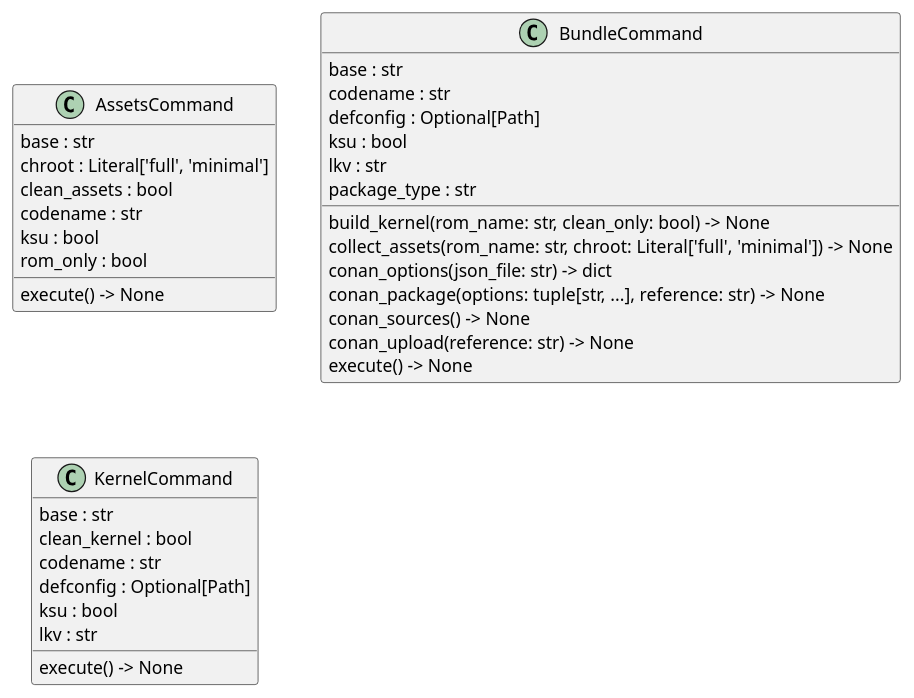
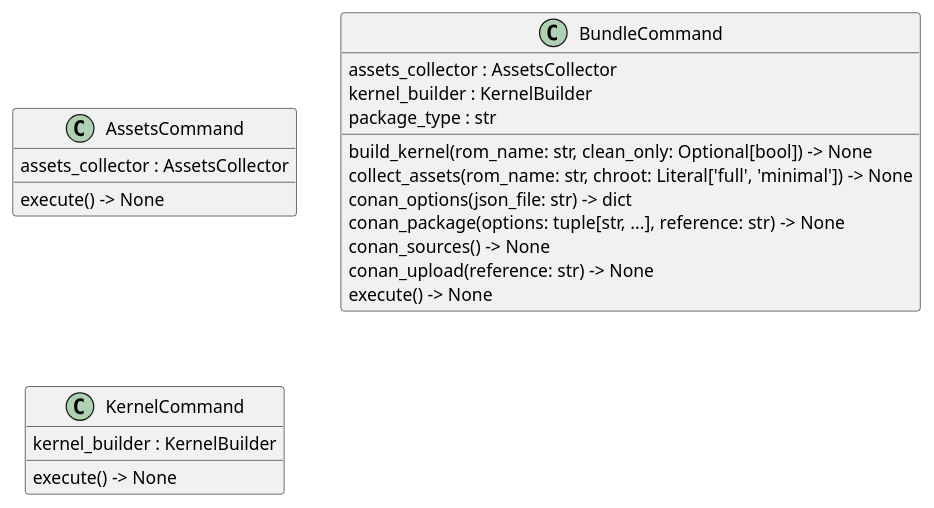
The diagram in docs/architecture/commands/classes.puml (seppzer0/zero_kernel), drawn with PlantUML before and after one commit. The commit also changed 15 other files, not shown here.

```diff
--- a/docs/architecture/commands/classes.puml
+++ b/docs/architecture/commands/classes.puml
@@ -1,36 +1,23 @@
 @startuml classes
 set namespaceSeparator none
 class "AssetsCommand" as commands.assets.AssetsCommand {
-  base : str
-  chroot : Literal['full', 'minimal']
-  clean_assets : bool
-  codename : str
-  ksu : bool
-  rom_only : bool
+  assets_collector : AssetsCollector
   execute() -> None
 }
 class "BundleCommand" as commands.bundle.BundleCommand {
-  base : str
-  codename : str
-  defconfig : Optional[Path]
-  ksu : bool
-  lkv : str
+  assets_collector : AssetsCollector
+  kernel_builder : KernelBuilder
   package_type : str
-  build_kernel(rom_name: str, clean_only: bool) -> None
+  build_kernel(rom_name: str, clean_only: Optional[bool]) -> None
   collect_assets(rom_name: str, chroot: Literal['full', 'minimal']) -> None
   conan_options(json_file: str) -> dict
   conan_package(options: tuple[str, ...], reference: str) -> None
   conan_sources() -> None
   conan_upload(reference: str) -> None
   execute() -> None
 }
 class "KernelCommand" as commands.kernel.KernelCommand {
-  base : str
-  clean_kernel : bool
-  codename : str
-  defconfig : Optional[Path]
-  ksu : bool
-  lkv : str
+  kernel_builder : KernelBuilder
   execute() -> None
 }
 @enduml
```
